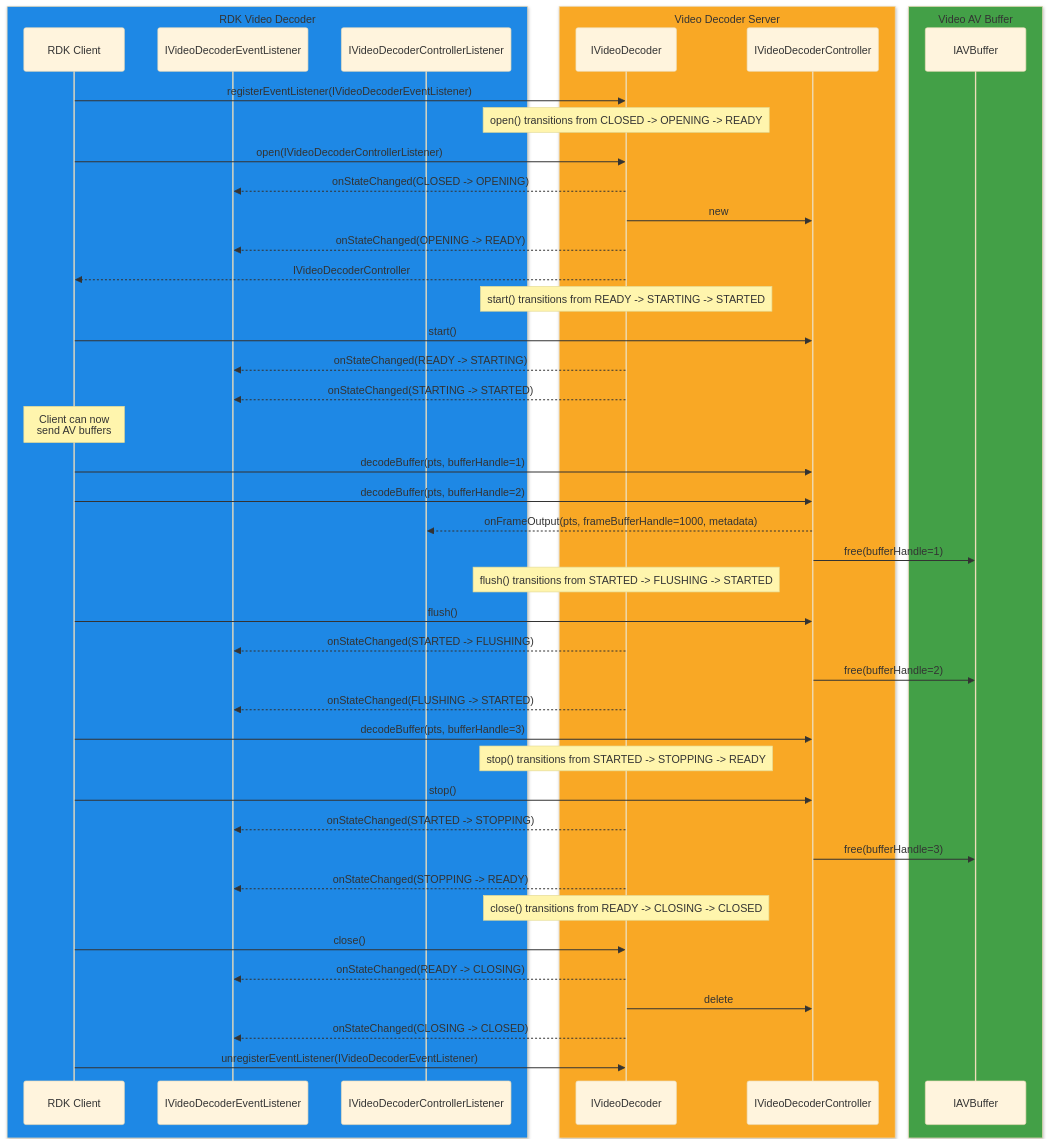
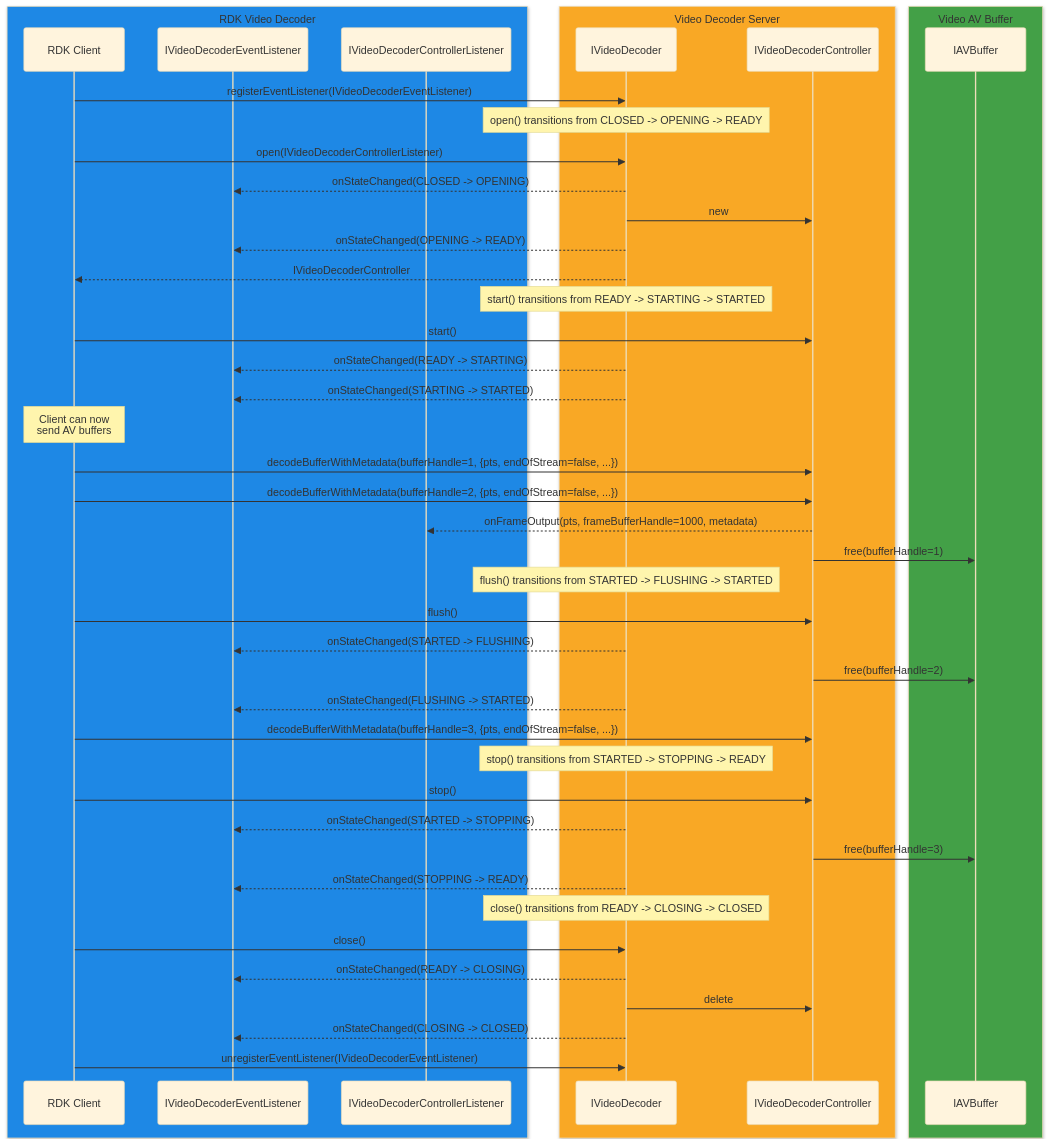
One commit to rdkcentral/rdk-halif-aidl changed the third of 3 diagrams in docs/halif/video_decoder/current/video_decoder.md. Above: the diagram before and after it, drawn with Mermaid (base theme). The commit also changed other lines of this file and 1 other file, not shown here.

````diff
--- a/docs/halif/video_decoder/current/video_decoder.md
+++ b/docs/halif/video_decoder/current/video_decoder.md
@@ -356,63 +360,63 @@
 ```mermaid
 sequenceDiagram
     box rgb(30,136,229) RDK Video Decoder
         participant Client as RDK Client
         participant IVideoDecoderEventListener
         participant IVideoDecoderControllerListener
     end
     box rgb(249,168,37) Video Decoder Server
         participant ADC as IVideoDecoder
         participant Controller as IVideoDecoderController
     end
     box rgb(67,160,71) Video AV Buffer
         participant IAVBuffer as IAVBuffer
     end
 
     Client->>ADC: registerEventListener(IVideoDecoderEventListener)
 
     Note over ADC: open() transitions from CLOSED -> OPENING -> READY
 
     Client->>ADC: open(IVideoDecoderControllerListener)
     ADC-->>IVideoDecoderEventListener: onStateChanged(CLOSED -> OPENING)
     ADC->>Controller: new
     ADC-->>IVideoDecoderEventListener: onStateChanged(OPENING -> READY)
     ADC-->>Client: IVideoDecoderController
 
     Note over ADC: start() transitions from READY -> STARTING -> STARTED
 
     Client->>Controller: start()
     ADC-->>IVideoDecoderEventListener: onStateChanged(READY -> STARTING)
     ADC-->>IVideoDecoderEventListener: onStateChanged(STARTING -> STARTED)
 
     Note over Client: Client can now<br>send AV buffers
 
-    Client->>Controller: decodeBuffer(pts, bufferHandle=1)
-    Client->>Controller: decodeBuffer(pts, bufferHandle=2)
+    Client->>Controller: decodeBufferWithMetadata(bufferHandle=1, {pts, endOfStream=false, ...})
+    Client->>Controller: decodeBufferWithMetadata(bufferHandle=2, {pts, endOfStream=false, ...})
     Controller-->>IVideoDecoderControllerListener: onFrameOutput(pts, frameBufferHandle=1000, metadata)
     Controller->>IAVBuffer: free(bufferHandle=1)
 
     Note over ADC: flush() transitions from STARTED -> FLUSHING -> STARTED
 
     Client->>Controller: flush()
     ADC-->>IVideoDecoderEventListener: onStateChanged(STARTED -> FLUSHING)
     Controller->>IAVBuffer: free(bufferHandle=2)
     ADC-->>IVideoDecoderEventListener: onStateChanged(FLUSHING -> STARTED)
 
-    Client->>Controller: decodeBuffer(pts, bufferHandle=3)
+    Client->>Controller: decodeBufferWithMetadata(bufferHandle=3, {pts, endOfStream=false, ...})
 
     Note over ADC: stop() transitions from STARTED -> STOPPING -> READY
 
     Client->>Controller: stop()
     ADC-->>IVideoDecoderEventListener: onStateChanged(STARTED -> STOPPING)
     Controller->>IAVBuffer: free(bufferHandle=3)
     ADC-->>IVideoDecoderEventListener: onStateChanged(STOPPING -> READY)
 
     Note over ADC: close() transitions from READY -> CLOSING -> CLOSED
 
     Client->>ADC: close()
     ADC-->>IVideoDecoderEventListener: onStateChanged(READY -> CLOSING)
     ADC->>Controller: delete
     ADC-->>IVideoDecoderEventListener: onStateChanged(CLOSING -> CLOSED)
 
     Client->>ADC: unregisterEventListener(IVideoDecoderEventListener)
 ```
````
